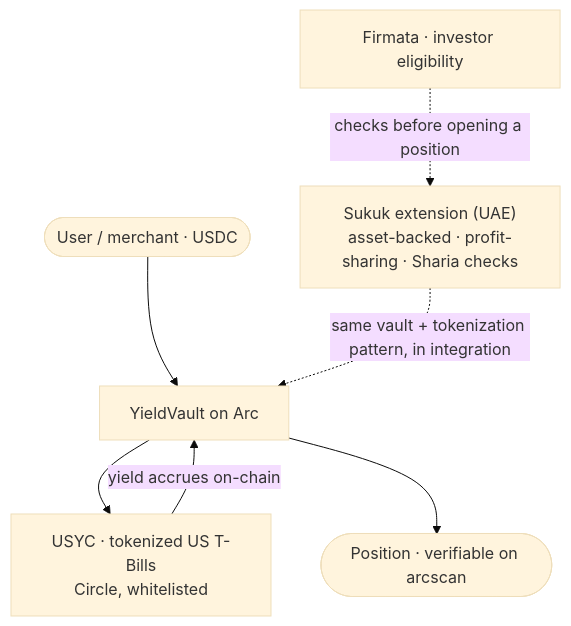
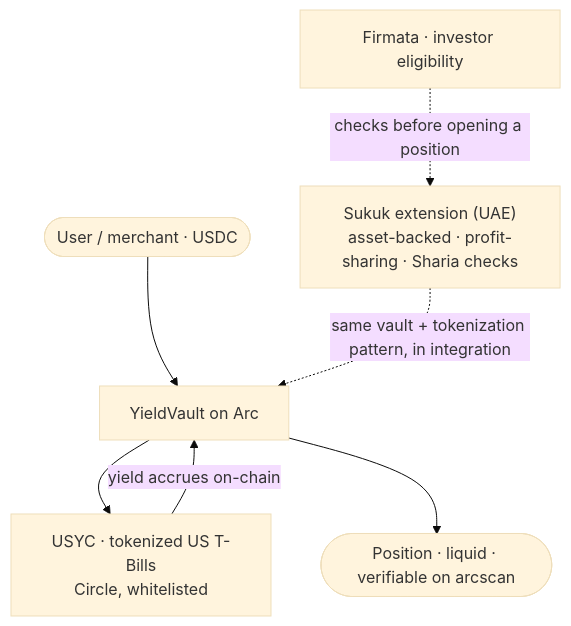
The diagram in track-3-rwa/README.md (MeridianFinance/meridian-ignyte), drawn with Mermaid (base theme) before and after one commit. The commit also changed other lines of this file and 3 other files, not shown here.

Commit message:
Beef up track READMEs: full problem, mechanics, Circle integration, moat, roadmap

````diff
--- a/track-3-rwa/README.md
+++ b/track-3-rwa/README.md
@@ -39,9 +39,9 @@
 ```mermaid
 flowchart TB
     U(["User / merchant · USDC"]) --> VAULT["YieldVault on Arc"]
     VAULT --> USYC["USYC · tokenized US T-Bills<br/>Circle, whitelisted"]
     USYC -->|yield accrues on-chain| VAULT
-    VAULT --> POS(["Position · verifiable on arcscan"])
+    VAULT --> POS(["Position · liquid · verifiable on arcscan"])
     SUKUK["Sukuk extension (UAE)<br/>asset-backed · profit-sharing · Sharia checks"] -. "same vault + tokenization pattern, in integration" .-> VAULT
     KYA["Firmata · investor eligibility"] -. "checks before opening a position" .-> SUKUK
 ```
````
